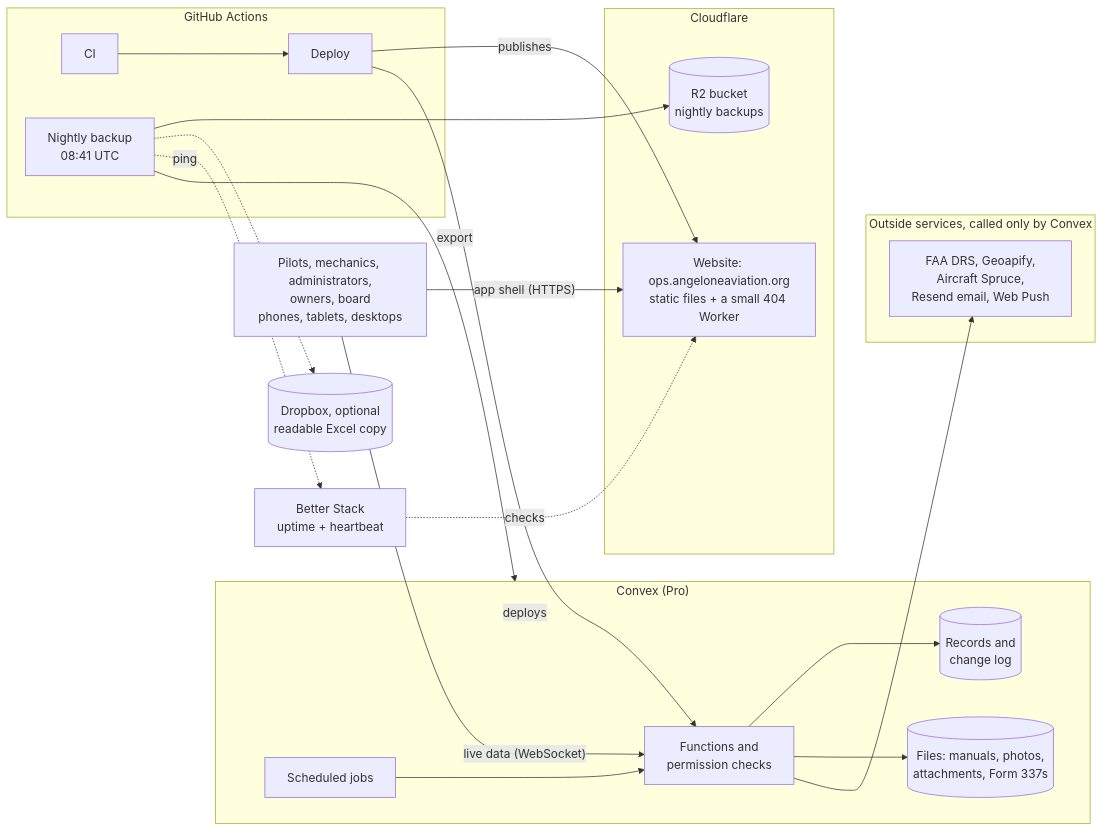
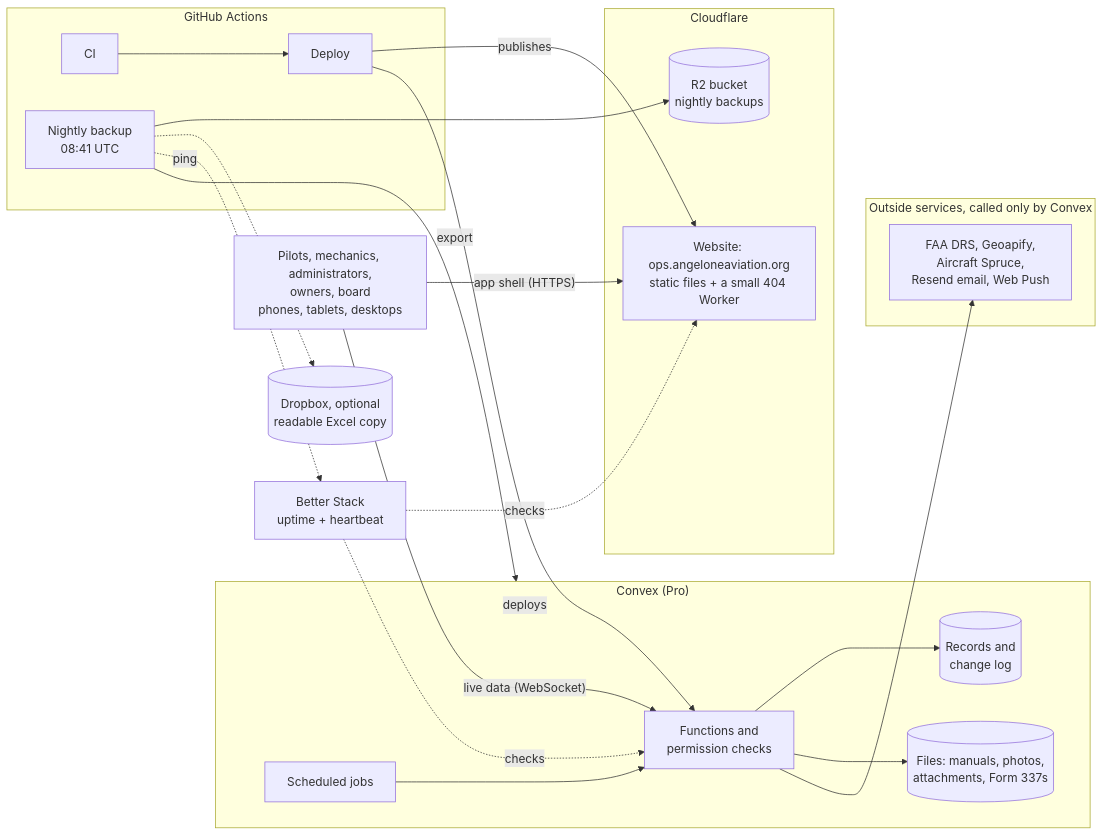
The diagram in docs/handbook/1-start-here/system-overview.md (angelone-aviation/AO-aircraft-maintenance), drawn with Mermaid before and after one commit. The commit also changed other lines of this file and 2 other files, not shown here.

````diff
--- a/docs/handbook/1-start-here/system-overview.md
+++ b/docs/handbook/1-start-here/system-overview.md
@@ -29,37 +31,38 @@
 ```mermaid
 flowchart LR
   People["Pilots, mechanics, administrators,<br/>owners, board<br/>phones, tablets, desktops"]
   subgraph CF["Cloudflare"]
     Site["Website: ops.angeloneaviation.org<br/>static files + a small 404 Worker"]
     R2[("R2 bucket<br/>nightly backups")]
   end
   subgraph CX["Convex (Pro)"]
     Fns["Functions and<br/>permission checks"]
     DB[("Records and<br/>change log")]
     Files[("Files: manuals, photos,<br/>attachments, Form 337s")]
     Jobs["Scheduled jobs"]
   end
   subgraph Out["Outside services, called only by Convex"]
     Ext["FAA DRS, Geoapify,<br/>Aircraft Spruce,<br/>Resend email, Web Push"]
   end
   subgraph GH["GitHub Actions"]
     CI["CI"] --> Deploy["Deploy"]
     Nightly["Nightly backup<br/>08:41 UTC"]
   end
   BS["Better Stack<br/>uptime + heartbeat"]
   DBX[("Dropbox, optional<br/>readable Excel copy")]
 
   People -->|"app shell (HTTPS)"| Site
   People -->|"live data (WebSocket)"| Fns
   Fns --> DB
   Fns --> Files
   Jobs --> Fns
   Fns --> Ext
   Deploy -->|publishes| Site
   Deploy -->|deploys| Fns
   Nightly -->|export| CX
   Nightly --> R2
   Nightly -.-> DBX
   Nightly -.->|ping| BS
   BS -.->|checks| Site
+  BS -.->|checks| Fns
 ```
````
